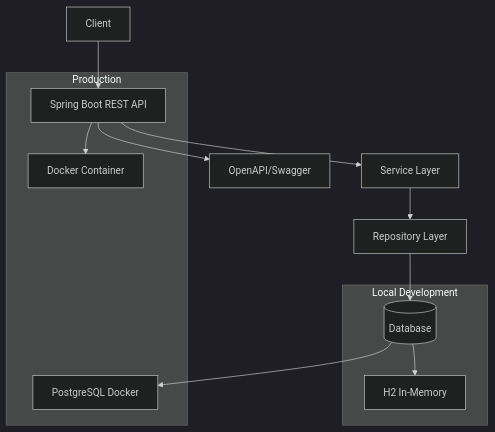
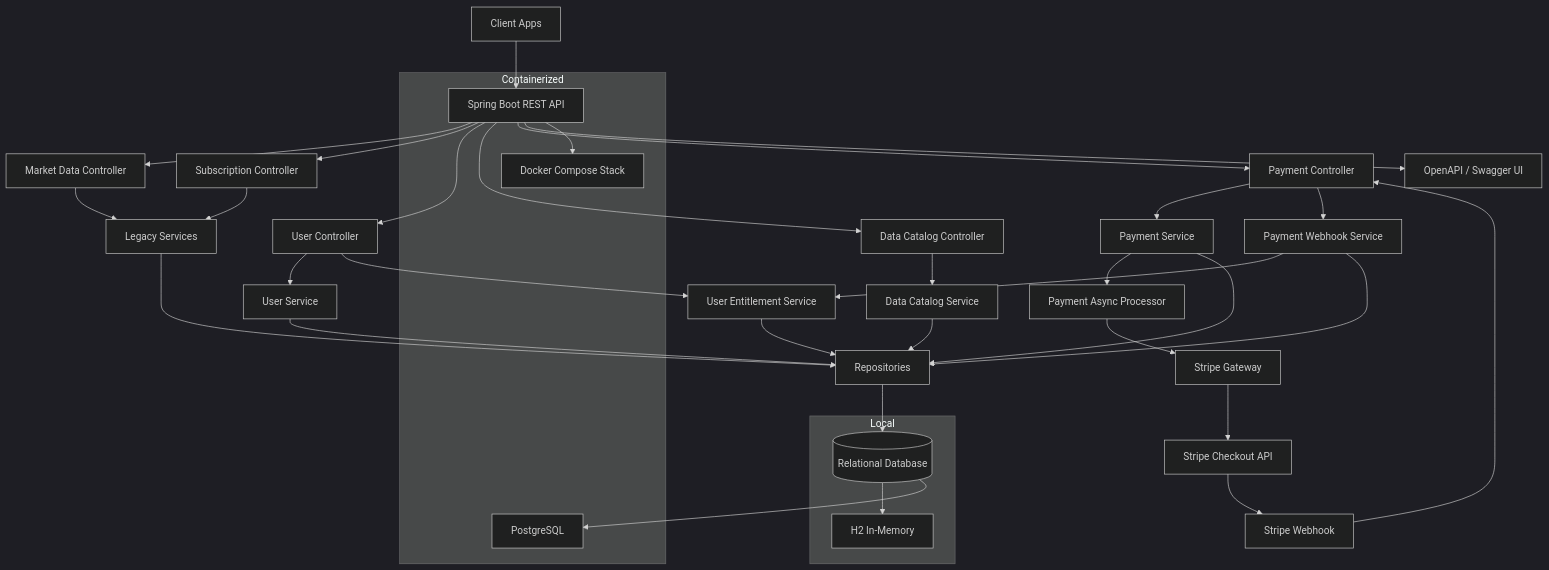
Before and after one commit to khab40/spring-boot-java-refresh: the diagram in README.md, drawn with Mermaid (dark theme). The commit also changed other lines of this file and 43 other files, not shown here.

Commit message:
feat: Stripe+service coverage for user creation, catalog product creation, entitlement grants, checkout initiation, and webhook completion/failure flows

````diff
--- a/README.md
+++ b/README.md
@@ -75,17 +130,41 @@
 ```mermaid
 graph TB
-    A[Client] --> B[Spring Boot REST API]
-    B --> C[Service Layer]
-    C --> D[Repository Layer]
-    D --> E[(Database)]
-    B --> F[OpenAPI/Swagger]
+    Client[Client Apps] --> Api[Spring Boot REST API]
+    Api --> Market[Market Data Controller]
+    Api --> Subs[Subscription Controller]
+    Api --> Users[User Controller]
+    Api --> Catalog[Data Catalog Controller]
+    Api --> Payments[Payment Controller]
+    Api --> Docs[OpenAPI / Swagger UI]
 
-    subgraph "Local Development"
-        E --> G[H2 In-Memory]
+    Users --> UserSvc[User Service]
+    Users --> EntSvc[User Entitlement Service]
+    Catalog --> CatalogSvc[Data Catalog Service]
+    Payments --> PaymentSvc[Payment Service]
+    PaymentSvc --> Async[Payment Async Processor]
+    Async --> StripeGateway[Stripe Gateway]
+    StripeGateway --> Stripe[Stripe Checkout API]
+    Stripe --> Webhook[Stripe Webhook]
+    Webhook --> Payments
+    Payments --> WebhookSvc[Payment Webhook Service]
+    WebhookSvc --> EntSvc
+
+    Market --> LegacySvc[Legacy Services]
+    Subs --> LegacySvc
+    LegacySvc --> Repos[Repositories]
+    UserSvc --> Repos
+    EntSvc --> Repos
+    CatalogSvc --> Repos
+    PaymentSvc --> Repos
+    WebhookSvc --> Repos
+    Repos --> Db[(Relational Database)]
+
+    subgraph Local
+        Db --> H2[H2 In-Memory]
     end
 
-    subgraph "Production"
-        E --> H[PostgreSQL Docker]
-        B --> I[Docker Container]
+    subgraph Containerized
+        Db --> Pg[PostgreSQL]
+        Api --> Docker[Docker Compose Stack]
     end
 ```
````
